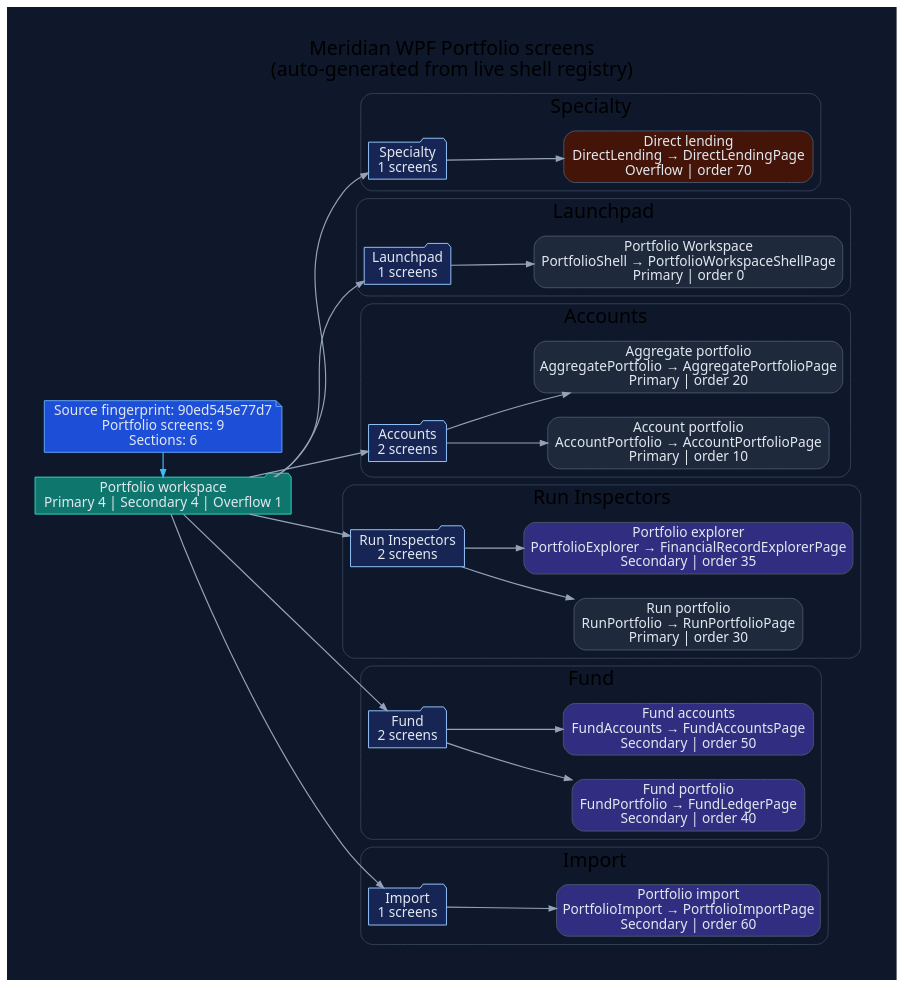
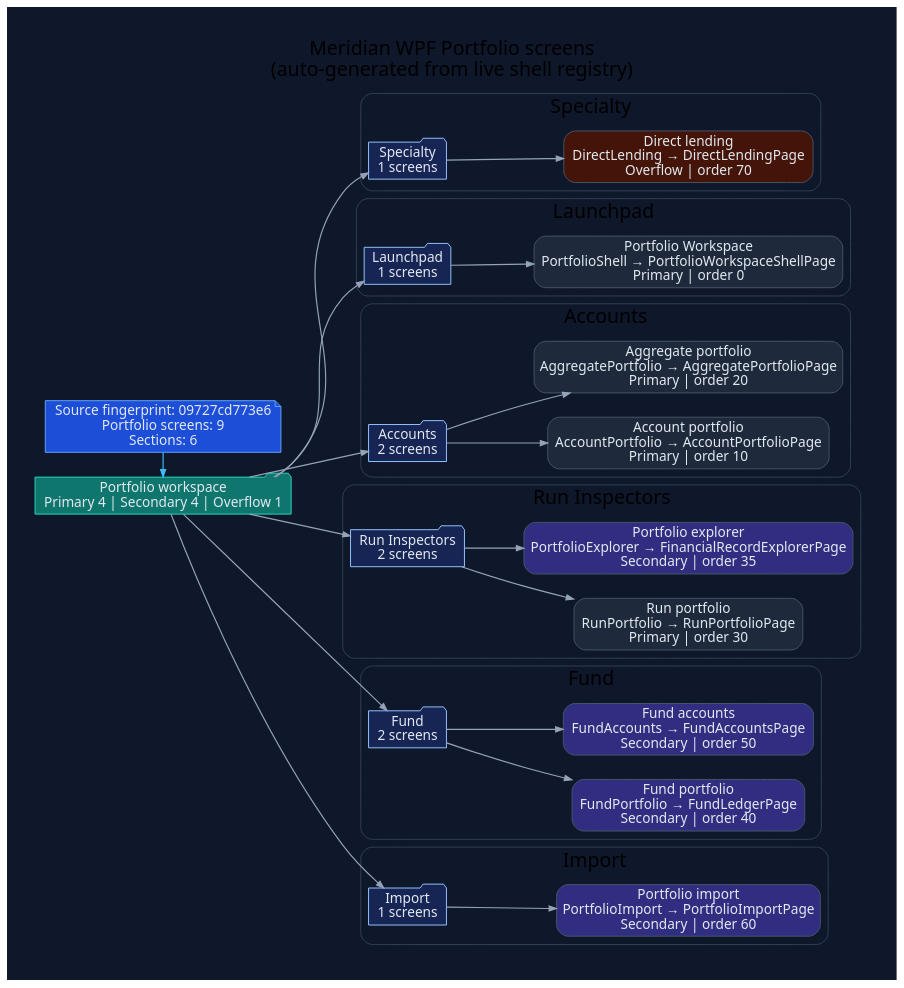
Before and after one commit to rodoHasArrived/Meridian-main: the diagram in docs/diagrams/ui-wpf-screens-portfolio.dot, drawn with Graphviz. The commit also changed 120 other files, not shown here.

```diff
--- a/docs/diagrams/ui-wpf-screens-portfolio.dot
+++ b/docs/diagrams/ui-wpf-screens-portfolio.dot
@@ -1,92 +1,92 @@
 // -----------------------------------------------------------------------------
 // <auto-generated>
 // Generated by scripts/generate-diagrams.mjs.
 // Do not edit this file directly; update the WPF source files instead.
 // -----------------------------------------------------------------------------
 digraph WpfPortfolioScreens {
   graph [
     rankdir=LR,
     labelloc=t,
     label="Meridian WPF Portfolio screens\n(auto-generated from live shell registry)",
     fontname="Segoe UI",
     fontsize=20,
     pad=0.4,
     nodesep=0.35,
     ranksep=0.85,
     bgcolor="#0f172a"
   ];
   node [fontname="Segoe UI", shape=box, style="rounded,filled", color="#475569", fontcolor="#e2e8f0", fillcolor="#1e293b"];
   edge [fontname="Segoe UI", color="#94a3b8", penwidth=1.2, arrowsize=0.75];
 
-  generated [shape=note, fillcolor="#1d4ed8", color="#60a5fa", label="Source fingerprint: 90ed545e77d7\nPortfolio screens: 9\nSections: 6"];
+  generated [shape=note, fillcolor="#1d4ed8", color="#60a5fa", label="Source fingerprint: 09727cd773e6\nPortfolio screens: 9\nSections: 6"];
   workspace [shape=folder, fillcolor="#0f766e", color="#2dd4bf", label="Portfolio workspace\nPrimary 4 | Secondary 4 | Overflow 1"];
   generated -> workspace [color="#38bdf8"];
 
   subgraph cluster_section_1 {
     label="Specialty";
     color="#334155";
     style="rounded";
     section_1 [shape=folder, fillcolor="#172554", color="#93c5fd", label="Specialty\n1 screens"];
     workspace -> section_1;
     screen_DirectLending [fillcolor="#431407", label="Direct lending\nDirectLending → DirectLendingPage\nOverflow | order 70"];
     section_1 -> screen_DirectLending;
   }
 
   subgraph cluster_section_2 {
     label="Launchpad";
     color="#334155";
     style="rounded";
     section_2 [shape=folder, fillcolor="#172554", color="#93c5fd", label="Launchpad\n1 screens"];
     workspace -> section_2;
     screen_PortfolioShell [fillcolor="#1e293b", label="Portfolio Workspace\nPortfolioShell → PortfolioWorkspaceShellPage\nPrimary | order 0"];
     section_2 -> screen_PortfolioShell;
   }
 
   subgraph cluster_section_3 {
     label="Accounts";
     color="#334155";
     style="rounded";
     section_3 [shape=folder, fillcolor="#172554", color="#93c5fd", label="Accounts\n2 screens"];
     workspace -> section_3;
     screen_AccountPortfolio [fillcolor="#1e293b", label="Account portfolio\nAccountPortfolio → AccountPortfolioPage\nPrimary | order 10"];
     section_3 -> screen_AccountPortfolio;
     screen_AggregatePortfolio [fillcolor="#1e293b", label="Aggregate portfolio\nAggregatePortfolio → AggregatePortfolioPage\nPrimary | order 20"];
     section_3 -> screen_AggregatePortfolio;
   }
 
   subgraph cluster_section_4 {
     label="Run Inspectors";
     color="#334155";
     style="rounded";
     section_4 [shape=folder, fillcolor="#172554", color="#93c5fd", label="Run Inspectors\n2 screens"];
     workspace -> section_4;
     screen_RunPortfolio [fillcolor="#1e293b", label="Run portfolio\nRunPortfolio → RunPortfolioPage\nPrimary | order 30"];
     section_4 -> screen_RunPortfolio;
     screen_PortfolioExplorer [fillcolor="#312e81", label="Portfolio explorer\nPortfolioExplorer → FinancialRecordExplorerPage\nSecondary | order 35"];
     section_4 -> screen_PortfolioExplorer;
   }
 
   subgraph cluster_section_5 {
     label="Fund";
     color="#334155";
     style="rounded";
     section_5 [shape=folder, fillcolor="#172554", color="#93c5fd", label="Fund\n2 screens"];
     workspace -> section_5;
     screen_FundPortfolio [fillcolor="#312e81", label="Fund portfolio\nFundPortfolio → FundLedgerPage\nSecondary | order 40"];
     section_5 -> screen_FundPortfolio;
     screen_FundAccounts [fillcolor="#312e81", label="Fund accounts\nFundAccounts → FundAccountsPage\nSecondary | order 50"];
     section_5 -> screen_FundAccounts;
   }
 
   subgraph cluster_section_6 {
     label="Import";
     color="#334155";
     style="rounded";
     section_6 [shape=folder, fillcolor="#172554", color="#93c5fd", label="Import\n1 screens"];
     workspace -> section_6;
     screen_PortfolioImport [fillcolor="#312e81", label="Portfolio import\nPortfolioImport → PortfolioImportPage\nSecondary | order 60"];
     section_6 -> screen_PortfolioImport;
   }
 
   { rank=min; generated; workspace; }
 }
```
